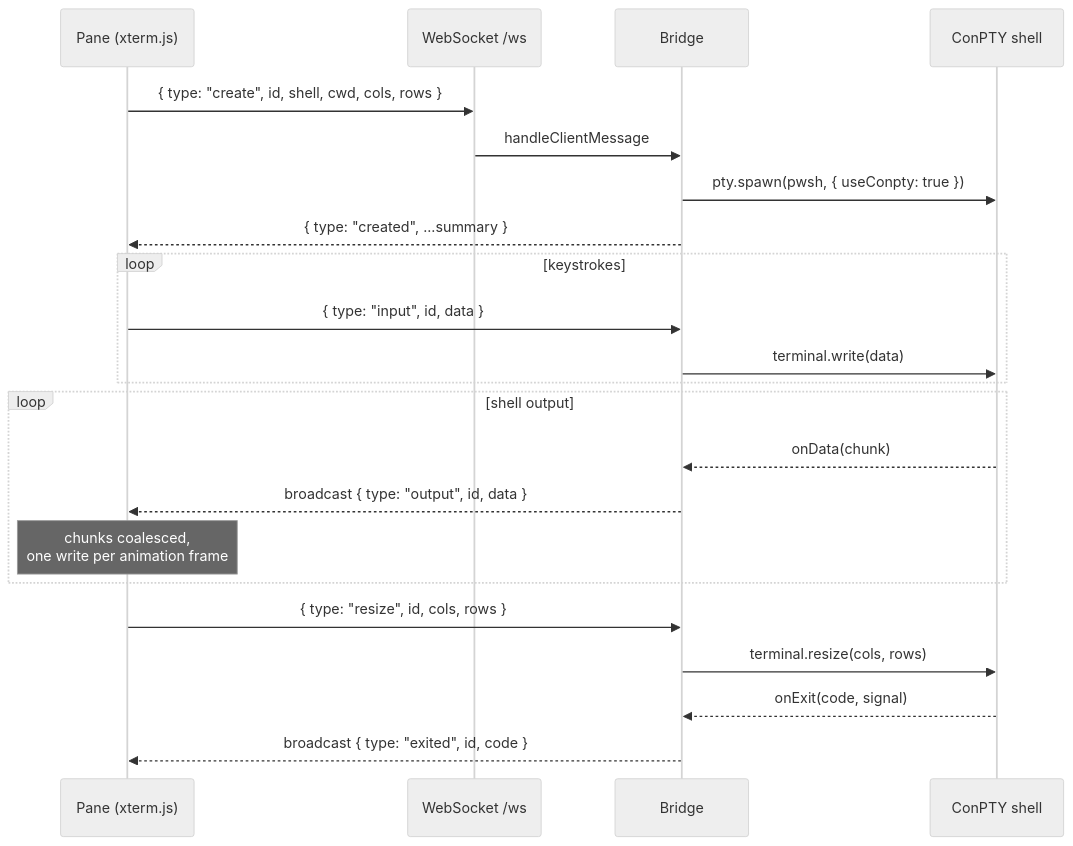
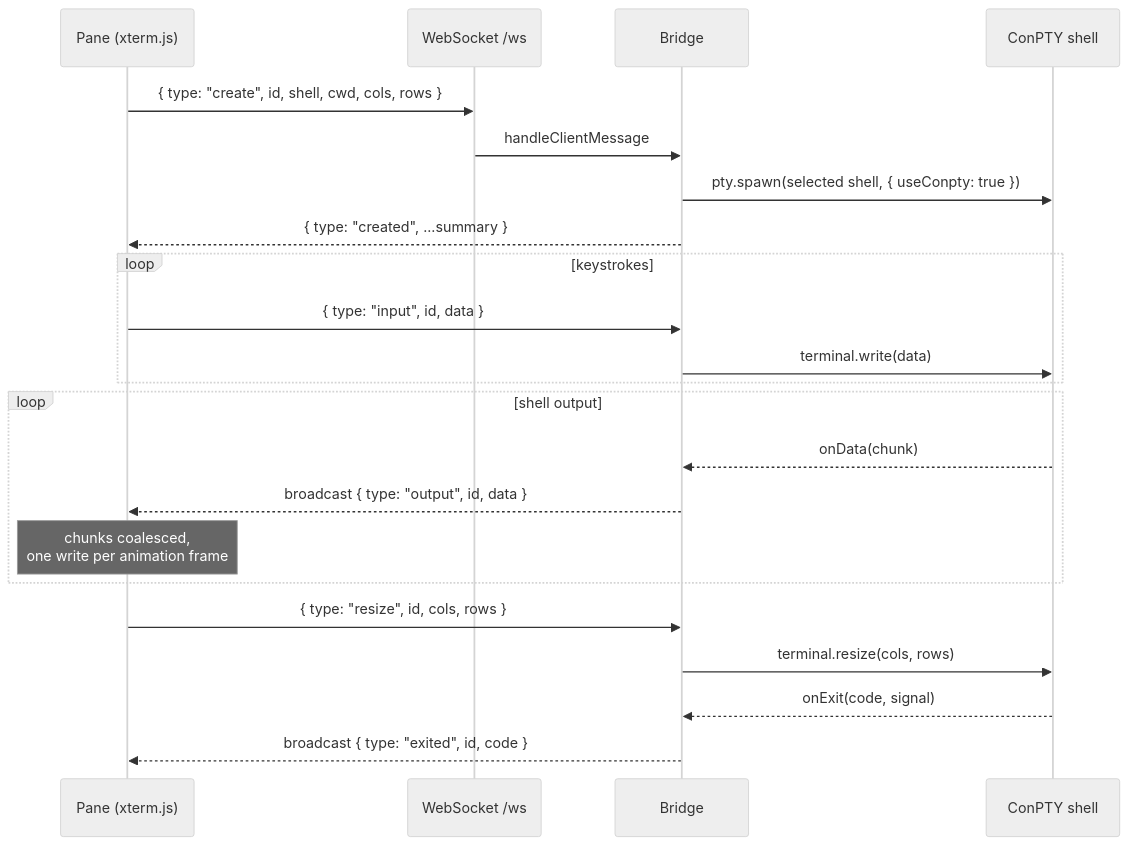
The second of 2 diagrams in README.md (andrewtheart/multiterm-workbench), drawn with Mermaid (neutral theme) before and after one commit. The commit also changed other lines of this file and 10 other files, not shown here.

````diff
--- a/README.md
+++ b/README.md
@@ -328,29 +345,29 @@
 ```mermaid
 sequenceDiagram
     participant UI as Pane (xterm.js)
     participant WS as WebSocket /ws
     participant BR as Bridge
     participant PTY as ConPTY shell
 
     UI->>WS: { type: "create", id, shell, cwd, cols, rows }
     WS->>BR: handleClientMessage
-    BR->>PTY: pty.spawn(pwsh, { useConpty: true })
+    BR->>PTY: pty.spawn(selected shell, { useConpty: true })
     BR-->>UI: { type: "created", ...summary }
 
     loop keystrokes
         UI->>BR: { type: "input", id, data }
         BR->>PTY: terminal.write(data)
     end
 
     loop shell output
         PTY-->>BR: onData(chunk)
         BR-->>UI: broadcast { type: "output", id, data }
         Note over UI: chunks coalesced,<br/>one write per animation frame
     end
 
     UI->>BR: { type: "resize", id, cols, rows }
     BR->>PTY: terminal.resize(cols, rows)
 
     PTY-->>BR: onExit(code, signal)
     BR-->>UI: broadcast { type: "exited", id, code }
 ```
````
